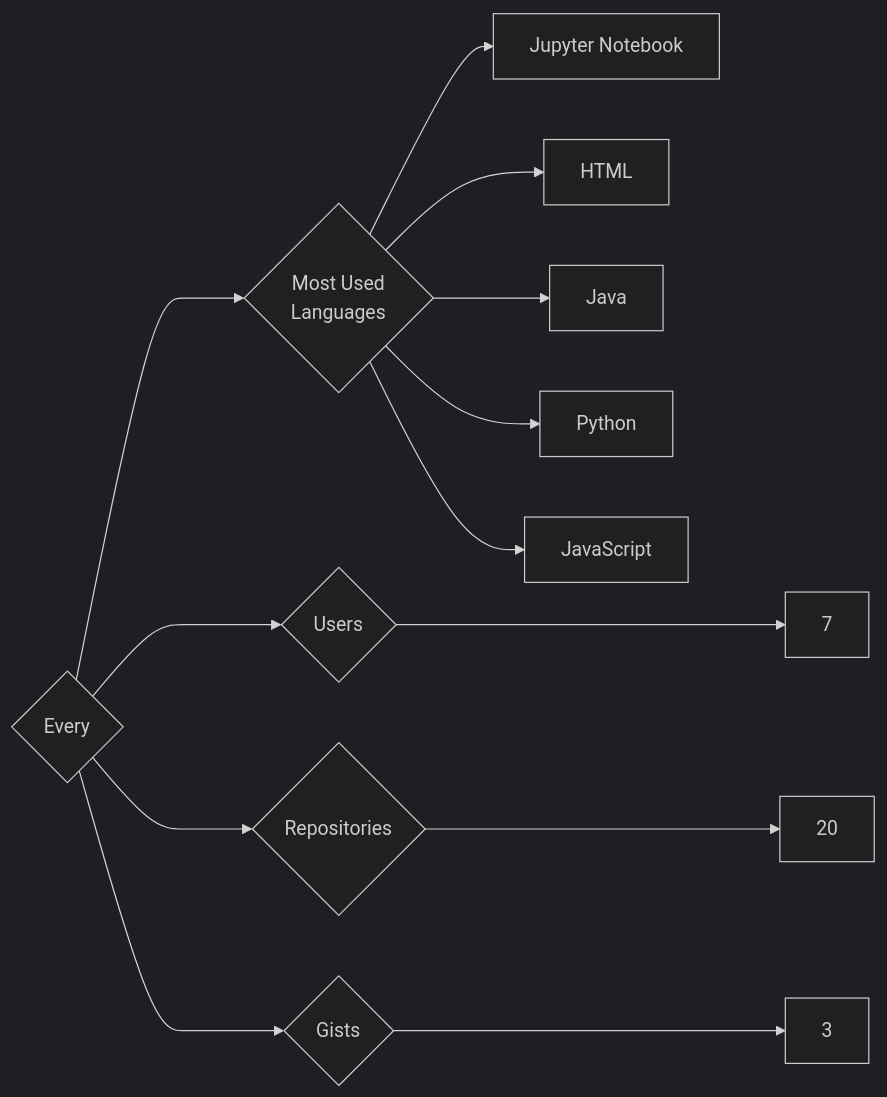
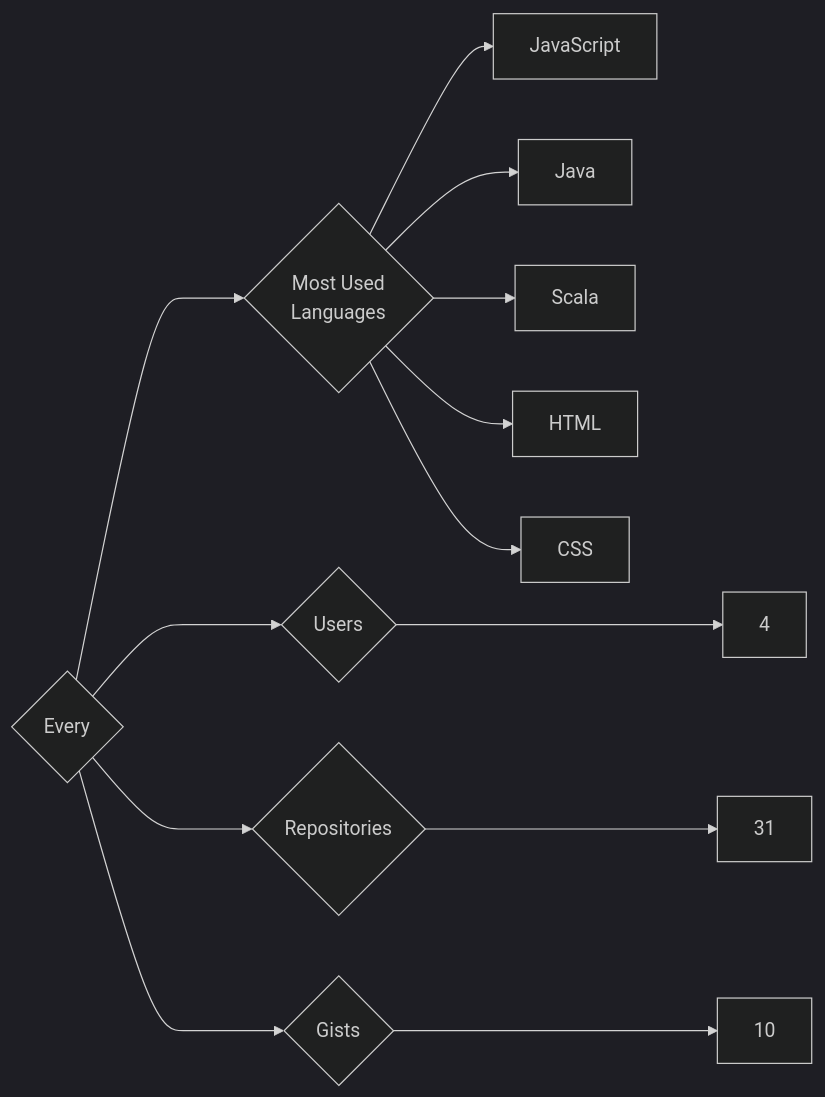
Before and after one commit to trickest/insiders: the diagram in targets/Every/README.md, drawn with Mermaid (dark theme). The commit also changed 860 other files, not shown here.

````diff
--- a/targets/Every/README.md
+++ b/targets/Every/README.md
@@ -3,13 +3,13 @@
 ```mermaid
 graph LR
 COMPANY_NAME{Every}
-COMPANY_NAME ---> U{Users} ---> UN[7]
-COMPANY_NAME ---> R{Repositories} ---> RN[20]
-COMPANY_NAME ---> G{Gists} ---> GN[3]
+COMPANY_NAME ---> U{Users} ---> UN[4]
+COMPANY_NAME ---> R{Repositories} ---> RN[31]
+COMPANY_NAME ---> G{Gists} ---> GN[10]
 COMPANY_NAME ---> ML{Most Used<br>Languages}
-ML --> Jupyter_Notebook[Jupyter Notebook]
+ML --> JavaScript[JavaScript]
+ML --> Java[Java]
+ML --> Scala[Scala]
 ML --> HTML[HTML]
-ML --> Java[Java]
-ML --> Python[Python]
-ML --> JavaScript[JavaScript]
+ML --> CSS[CSS]
 ```
````
